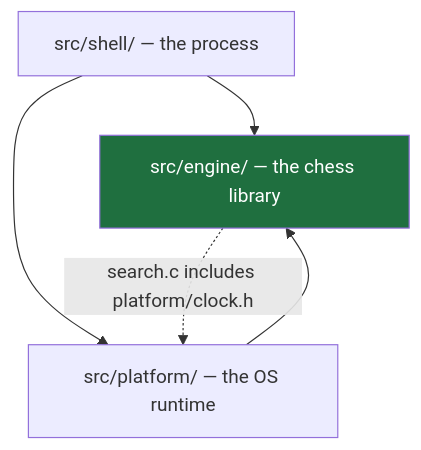
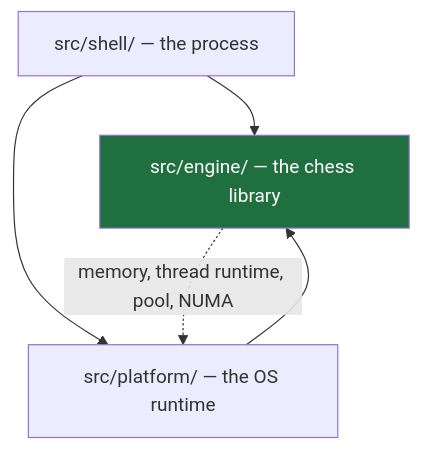
The first of 2 diagrams in docs/00-architecture.md (ppigazzini/mcfish), drawn with Mermaid before and after one commit. The commit also changed other lines of this file and 14 other files, not shown here.

````diff
--- a/docs/00-architecture.md
+++ b/docs/00-architecture.md
@@ -31,13 +31,13 @@
 ```mermaid
 flowchart TD
     shell["src/shell/ — the process"]
     platform["src/platform/ — the OS runtime"]
     engine["src/engine/ — the chess library"]
 
     shell --> engine
     shell --> platform
     platform --> engine
-    engine -.->|"search.c includes platform/clock.h"| platform
+    engine -.->|"memory, thread runtime, pool, NUMA"| platform
 
     style engine fill:#1f6f3f,color:#fff
 ```
````
